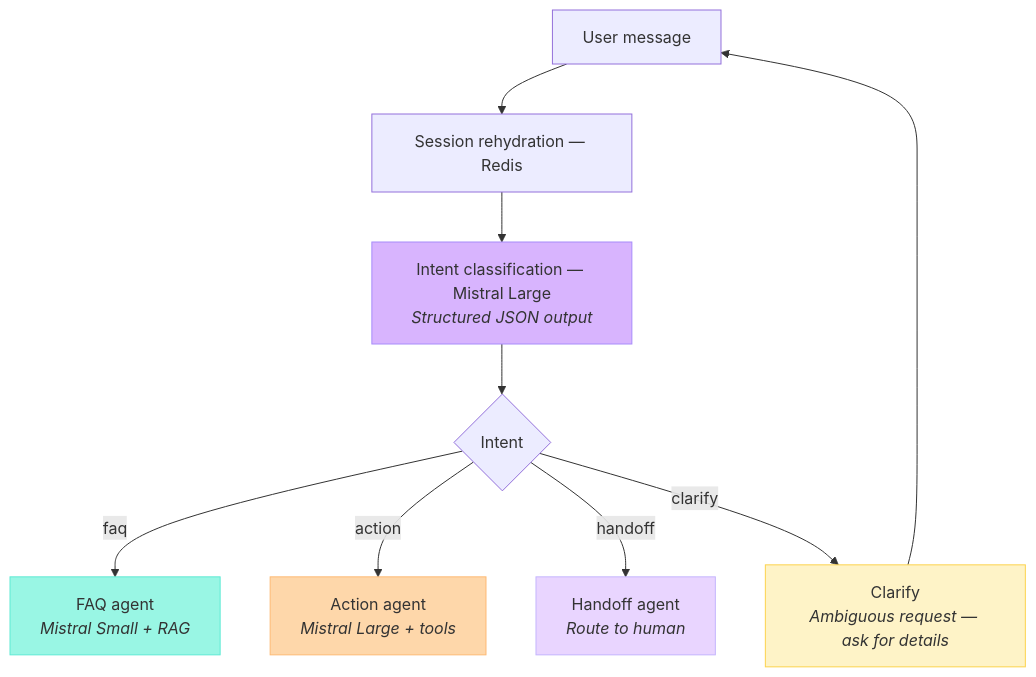
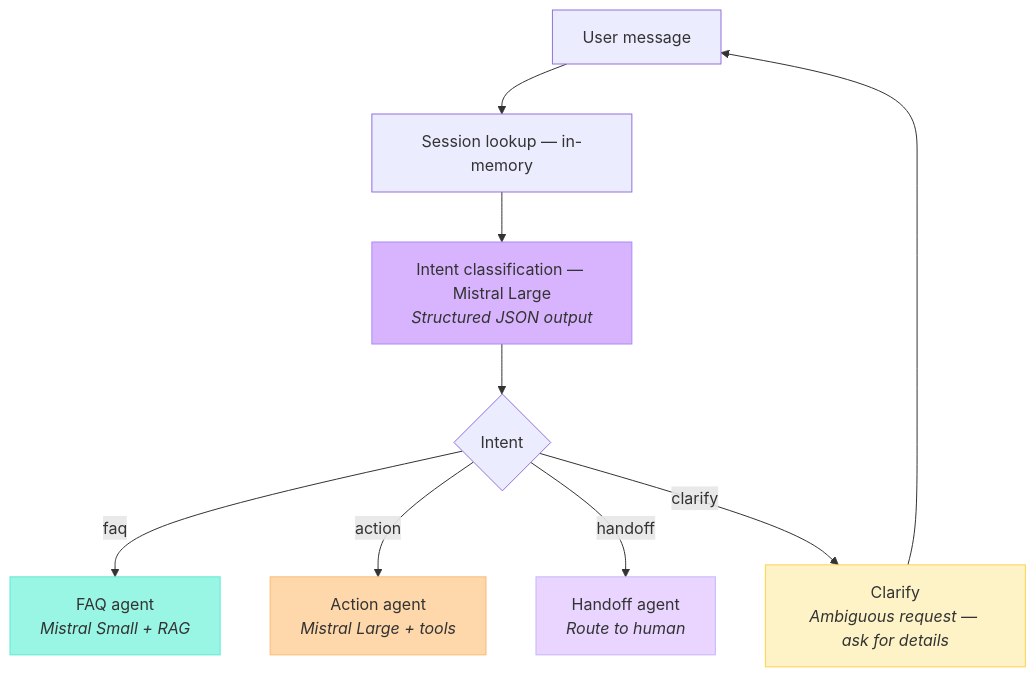
The second of 7 diagrams in README.md (andreadhelpra/retail-banking-chatbot), drawn with Mermaid before and after one commit. The commit also changed other lines of this file and 1 other file, not shown here.

````diff
--- a/README.md
+++ b/README.md
@@ -85,18 +85,18 @@
 ```mermaid
 flowchart TD
-    A[User message] --> B[Session rehydration — Redis]
+    A[User message] --> B[Session lookup — in-memory]
     B --> C[Intent classification — Mistral Large<br/><i>Structured JSON output</i>]
     C --> D{Intent}
     D -- faq --> E1[FAQ agent<br/><i>Mistral Small + RAG</i>]
     D -- action --> E2[Action agent<br/><i>Mistral Large + tools</i>]
     D -- handoff --> E3[Handoff agent<br/><i>Route to human</i>]
     D -- clarify --> F[Clarify<br/><i>Ambiguous request — ask for details</i>]
 
     F --> A
 
     style C fill:#d8b4fe,stroke:#a78bfa
     style E1 fill:#99f6e4,stroke:#5eead4
     style E2 fill:#fed7aa,stroke:#fdba74
     style E3 fill:#e9d5ff,stroke:#c4b5fd
     style F fill:#fef3c7,stroke:#fcd34d
 ```
````
